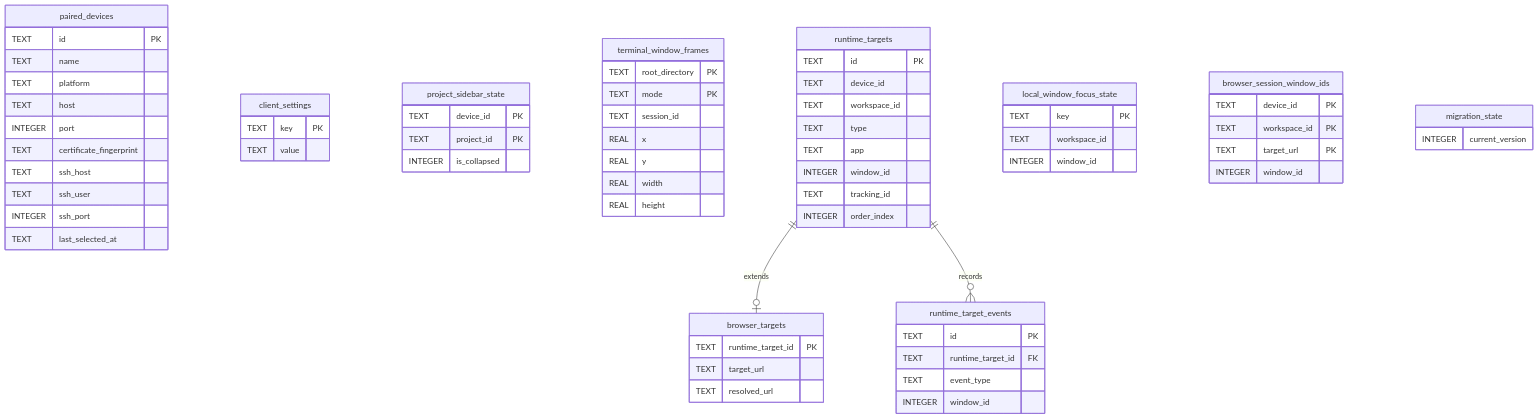
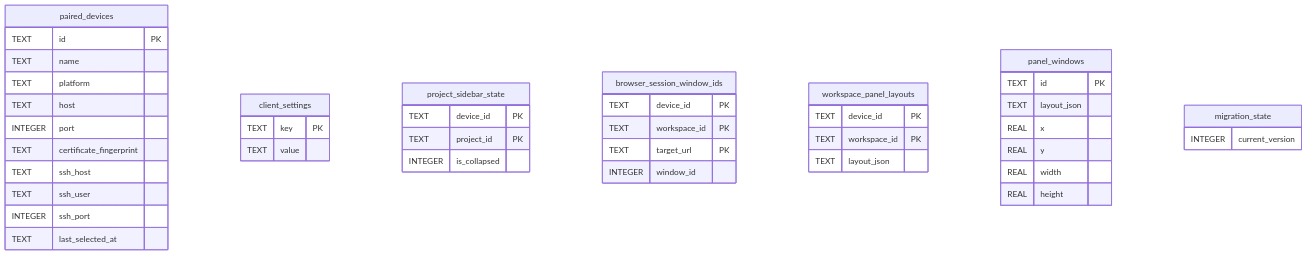
The fourth of 4 diagrams in docs/implementation.md (yogesh-dhande/spaces), drawn with Mermaid before and after one commit. The commit also changed other lines of this file and 135 other files, not shown here.

First line of the commit message:
Integrate the layout terminal-panel rework (#109)

````diff
--- a/docs/implementation.md
+++ b/docs/implementation.md
@@ -569,80 +553,52 @@
 ```mermaid
 erDiagram
   paired_devices {
     TEXT id PK
     TEXT name
     TEXT platform
     TEXT host
     INTEGER port
     TEXT certificate_fingerprint
     TEXT ssh_host
     TEXT ssh_user
     INTEGER ssh_port
     TEXT last_selected_at
   }
 
   client_settings {
     TEXT key PK
     TEXT value
   }
 
   project_sidebar_state {
     TEXT device_id PK
     TEXT project_id PK
     INTEGER is_collapsed
   }
 
-  terminal_window_frames {
-    TEXT root_directory PK
-    TEXT mode PK
-    TEXT session_id
-    REAL x
-    REAL y
-    REAL width
-    REAL height
-  }
-
-  runtime_targets {
-    TEXT id PK
-    TEXT device_id
-    TEXT workspace_id
-    TEXT type
-    TEXT app
-    INTEGER window_id
-    TEXT tracking_id
-    INTEGER order_index
-  }
-
-  browser_targets {
-    TEXT runtime_target_id PK
-    TEXT target_url
-    TEXT resolved_url
-  }
-
-  runtime_target_events {
-    TEXT id PK
-    TEXT runtime_target_id FK
-    TEXT event_type
-    INTEGER window_id
-  }
-
-  local_window_focus_state {
-    TEXT key PK
-    TEXT workspace_id
-    INTEGER window_id
-  }
-
   browser_session_window_ids {
     TEXT device_id PK
     TEXT workspace_id PK
     TEXT target_url PK
     INTEGER window_id
   }
 
+  workspace_panel_layouts {
+    TEXT device_id PK
+    TEXT workspace_id PK
+    TEXT layout_json
+  }
+
+  panel_windows {
+    TEXT id PK
+    TEXT layout_json
+    REAL x
+    REAL y
+    REAL width
+    REAL height
+  }
+
   migration_state {
     INTEGER current_version
   }
-
-  runtime_targets ||--o| browser_targets : extends
-  runtime_targets ||--o{ runtime_target_events : records
 ```
````
